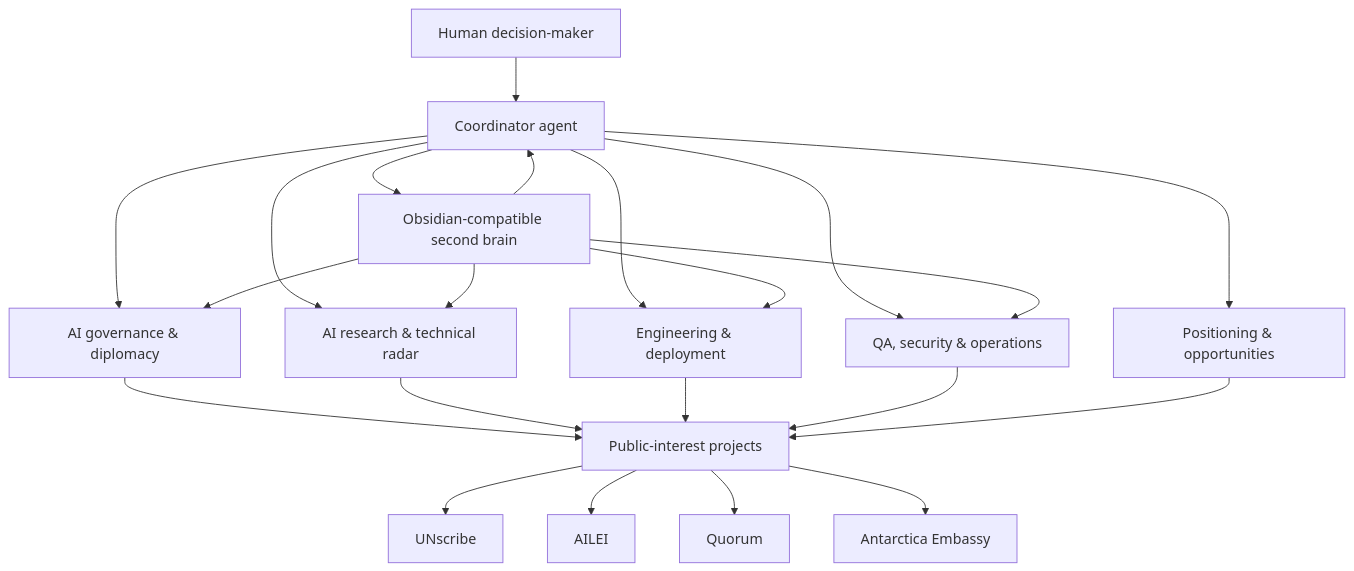
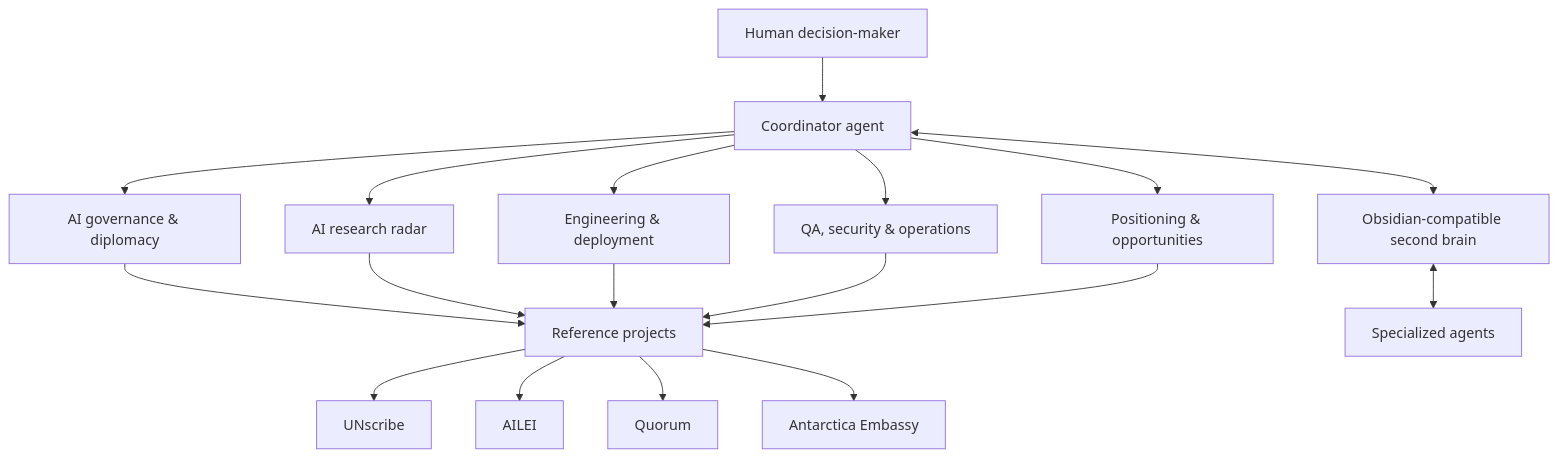
Before and after one commit to facundocarotone-gif/ai-diplomacy-agent-stack: the diagram in README.md, drawn with Mermaid. The commit also changed other lines of this file and 9 other files, not shown here.

Commit message:
docs: polish public repo and second brain

````diff
--- a/README.md
+++ b/README.md
@@ -22,28 +22,24 @@
 ```mermaid
 flowchart TD
-    Human[Human decision-maker] --> Facundo[Coordinator agent]
+    Human[Human decision-maker] --> Coordinator[Coordinator agent]
 
-    Facundo --> Fermin[AI governance & diplomacy]
-    Facundo --> Farah[AI research & technical radar]
-    Facundo --> Florentino[Engineering & deployment]
-    Facundo --> Fulgencio[QA, security & operations]
-    Facundo --> Fernanda[Positioning & opportunities]
+    Coordinator --> Diplomacy[AI governance & diplomacy]
+    Coordinator --> Research[AI research radar]
+    Coordinator --> Engineering[Engineering & deployment]
+    Coordinator --> Ops[QA, security & operations]
+    Coordinator --> Positioning[Positioning & opportunities]
 
-    Fermin --> Projects[Public-interest projects]
-    Farah --> Projects
-    Florentino --> Projects
-    Fulgencio --> Projects
-    Fernanda --> Projects
+    Diplomacy --> Projects[Reference projects]
+    Research --> Projects
+    Engineering --> Projects
+    Ops --> Projects
+    Positioning --> Projects
 
     Projects --> UNS[UNscribe]
     Projects --> AILEI[AILEI]
     Projects --> Quorum[Quorum]
     Projects --> Embassy[Antarctica Embassy]
 
-    Facundo --> Vault[Obsidian-compatible second brain]
-    Vault --> Facundo
-    Vault --> Fermin
-    Vault --> Farah
-    Vault --> Florentino
-    Vault --> Fulgencio
+    Coordinator <--> Vault[Obsidian-compatible second brain]
+    Vault <--> Agents[Specialized agents]
 ```
````
